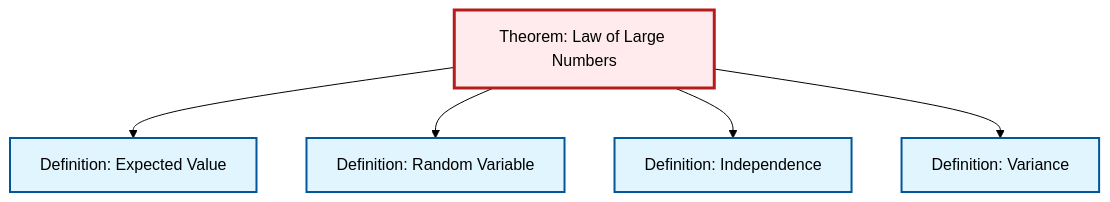
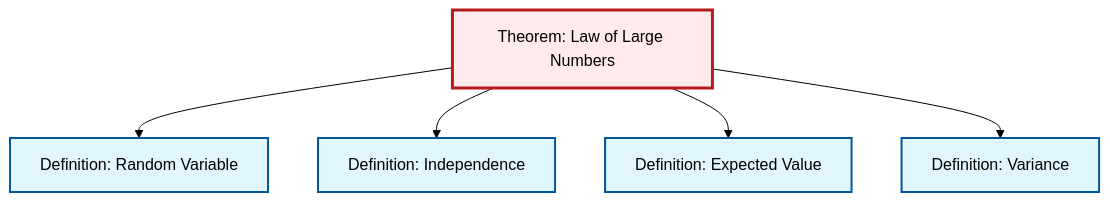
Before and after one commit to RK0429/ModernMath: the second of 2 diagrams in content/en/probability-statistics/thm-law-of-large-numbers.qmd, drawn with Mermaid (forest theme). The commit also changed other lines of this file and 581 other files, not shown here.

````diff
--- a/content/en/probability-statistics/thm-law-of-large-numbers.qmd
+++ b/content/en/probability-statistics/thm-law-of-large-numbers.qmd
@@ -88,23 +88,23 @@
 ```{mermaid}
 %%| fig-cap: "Local dependency graph"
 graph TD
     classDef definition fill:#e1f5fe,stroke:#01579b,stroke-width:2px
     classDef theorem fill:#f3e5f5,stroke:#4a148c,stroke-width:2px
     classDef axiom fill:#fff3e0,stroke:#e65100,stroke-width:2px
     classDef example fill:#e8f5e9,stroke:#1b5e20,stroke-width:2px
     classDef current fill:#ffebee,stroke:#b71c1c,stroke-width:3px
+    def-independence["Definition: Independence"]:::definition
     def-variance["Definition: Variance"]:::definition
+    def-expectation["Definition: Expected Value"]:::definition
+    thm-law-of-large-numbers["Theorem: Law of Large Numbers"]:::theorem
     def-random-variable["Definition: Random Variable"]:::definition
-    thm-law-of-large-numbers["Theorem: Law of Large Numbers"]:::theorem
-    def-independence["Definition: Independence"]:::definition
-    def-expectation["Definition: Expected Value"]:::definition
-    thm-law-of-large-numbers --> def-expectation
     thm-law-of-large-numbers --> def-random-variable
     thm-law-of-large-numbers --> def-independence
+    thm-law-of-large-numbers --> def-expectation
     thm-law-of-large-numbers --> def-variance
     class thm-law-of-large-numbers current
+    click def-independence "def-independence.html" "Go to Independence definition"
     click def-variance "def-variance.html" "Go to Variance definition"
+    click def-expectation "def-expectation.html" "Go to Expected Value definition"
     click def-random-variable "def-random-variable.html" "Go to Random Variable definition"
-    click def-independence "def-independence.html" "Go to Independence definition"
-    click def-expectation "def-expectation.html" "Go to Expected Value definition"
 ```
````
